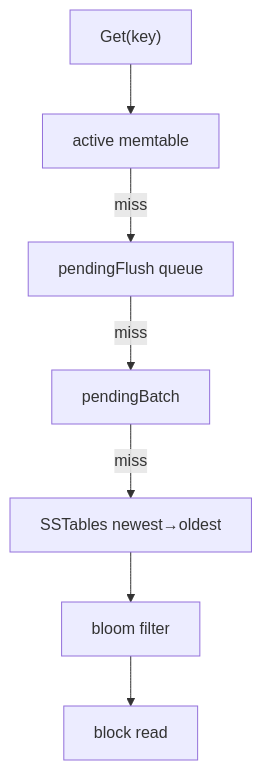
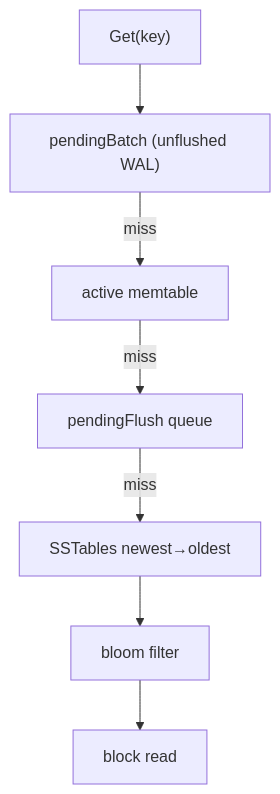
The third of 4 diagrams in README.md (RUDRA-PRATAP-SINGH01/PebbleDB), drawn with Mermaid before and after one commit. The commit also changed other lines of this file and 17 other files, not shown here.

````diff
--- a/README.md
+++ b/README.md
@@ -116,9 +116,9 @@
 ```mermaid
 flowchart TD
-    G["Get(key)"] --> A["active memtable"]
+    G["Get(key)"] --> B["pendingBatch (unflushed WAL)"]
+    B -->|miss| A["active memtable"]
     A -->|miss| P["pendingFlush queue"]
-    P -->|miss| B["pendingBatch"]
-    B -->|miss| S["SSTables newest→oldest"]
+    P -->|miss| S["SSTables newest→oldest"]
     S --> BL["bloom filter"]
     BL --> BK["block read"]
 ```
````
